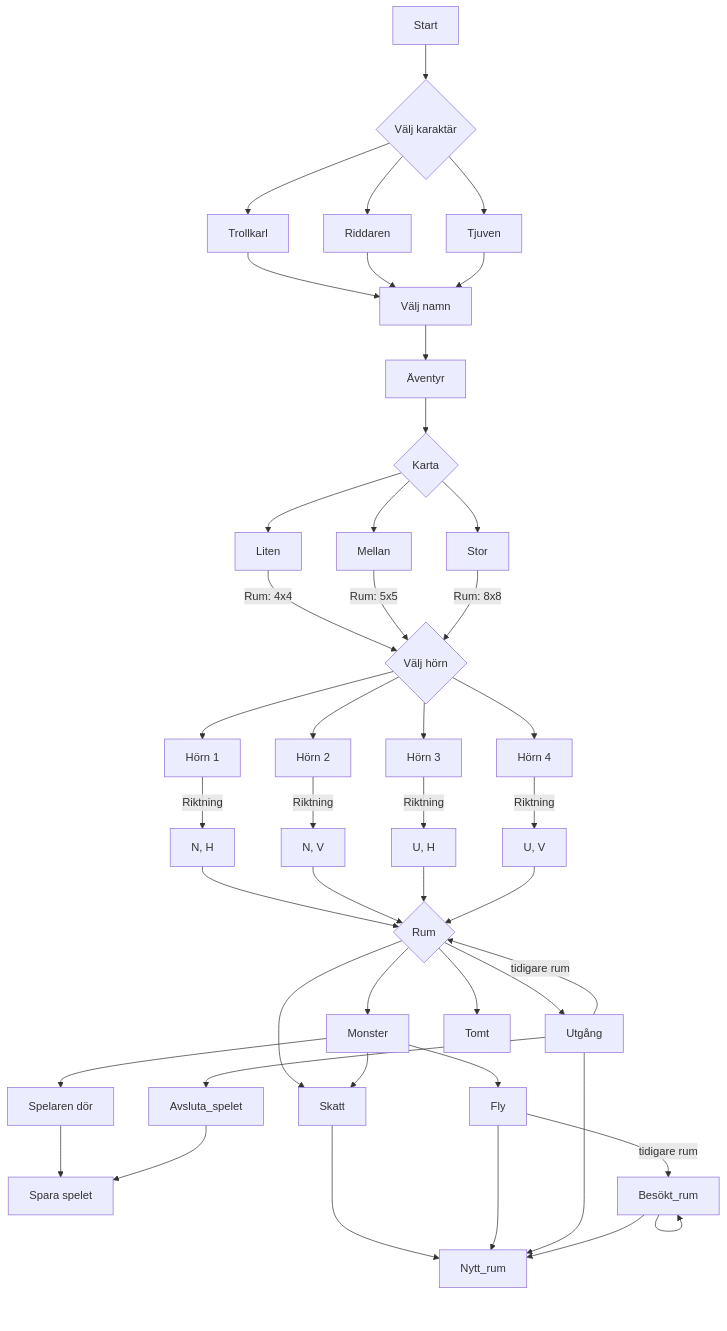
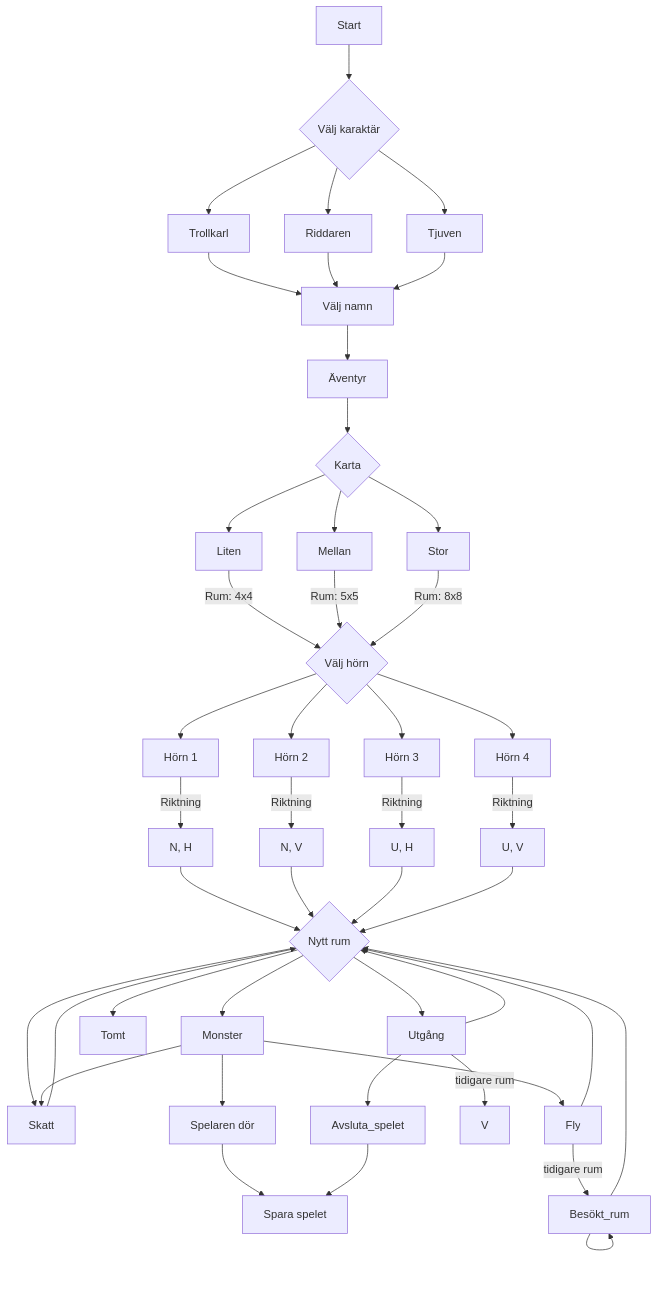
The diagram in sequence_diagram.md (MarioKhalaf/Lag-2), drawn with Mermaid before and after one commit.

````diff
--- a/sequence_diagram.md
+++ b/sequence_diagram.md
@@ -1,48 +1,48 @@
 ```mermaid
 graph TD
     A[Start] -->B{Välj karaktär}
     B --> D[Trollkarl]
     B --> E[Riddaren]
     B --> F[Tjuven]
     D --> G[Välj namn]
     E --> G[Välj namn]
     F --> G[Välj namn]
     G --> H[Äventyr]
     H --> I{Karta}
     I --> J[Liten]
     I --> K[Mellan]
     I --> L[Stor]
     J --> |Rum: 4x4|M{Välj hörn}
     K --> |Rum: 5x5|M{Välj hörn}
     L --> |Rum: 8x8|M{Välj hörn}
     M --> N[Hörn 1]
     M --> O[Hörn 2]
     M --> P[Hörn 3]
     M --> Q[Hörn 4]
     N --> |Riktning| R[N, H]
     O --> |Riktning| S[N, V]
     P --> |Riktning| T[U, H]
     Q --> |Riktning| U[U, V]
-    R --> V{Rum}
-    S --> V
-    T --> V
-    U --> V
-    V --> Skatt
-    V --> Monster
-    V --> Utgång
-    V --> Tomt
+    R --> Nytt_rum{Nytt rum}
+    S --> Nytt_rum
+    T --> Nytt_rum
+    U --> Nytt_rum
+    Nytt_rum --> Skatt
+    Nytt_rum --> Monster
+    Nytt_rum --> Utgång
+    Nytt_rum --> Tomt
     Monster --> Skatt 
     Skatt --> Nytt_rum
     Monster --> Game_over[Spelaren dör]
     Game_over --> Spara_spelet
     Monster --> Fly
     Fly --> |tidigare rum|Besökt_rum
     Fly --> Nytt_rum
     Utgång --> |tidigare rum|V
     Utgång --> Nytt_rum
     Utgång --> Avsluta_spelet
     Avsluta_spelet --> Spara_spelet[Spara spelet]
     Besökt_rum --> Besökt_rum
     Besökt_rum --> Nytt_rum
 
 ```
````
